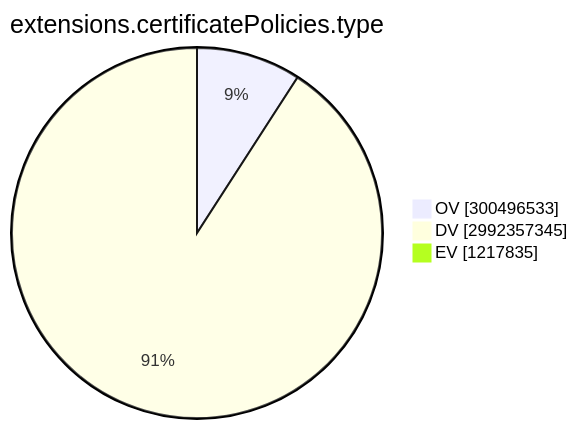
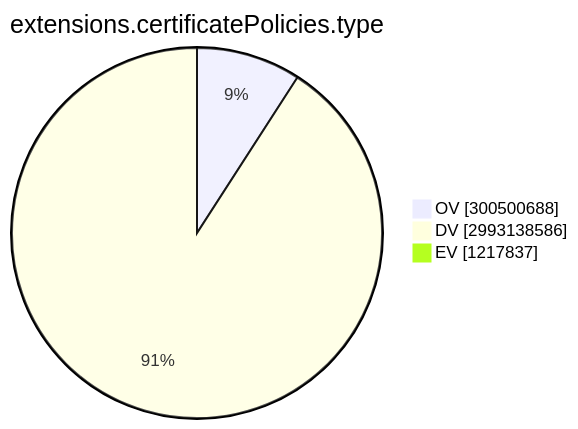
Before and after one commit to christiankrug/ctmonitor_visualization: the ninth of 15 diagrams in TOTAL/README.md, drawn with Mermaid. The commit also changed other lines of this file, not shown here.

````diff
--- a/TOTAL/README.md
+++ b/TOTAL/README.md
@@ -3102,7 +3102,7 @@
 ```mermaid
 pie showData
 title extensions.certificatePolicies.type
-"OV" :300496533
-"DV" :2992357345
-"EV" :1217835
+"OV" :300500688
+"DV" :2993138586
+"EV" :1217837
 ```
````
